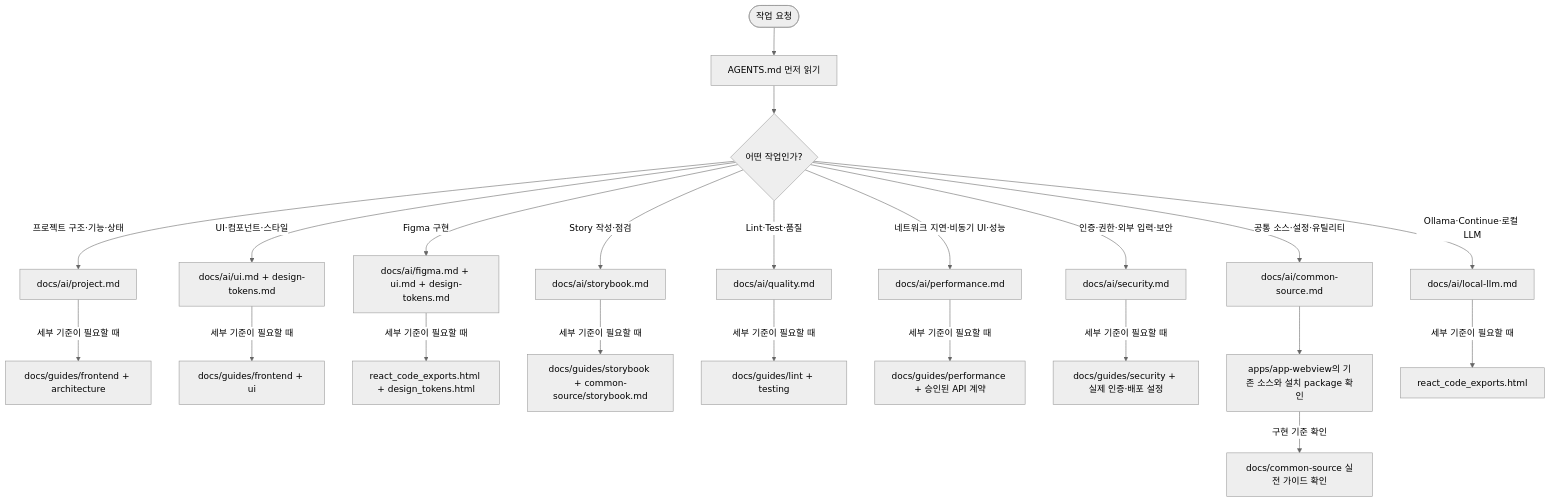
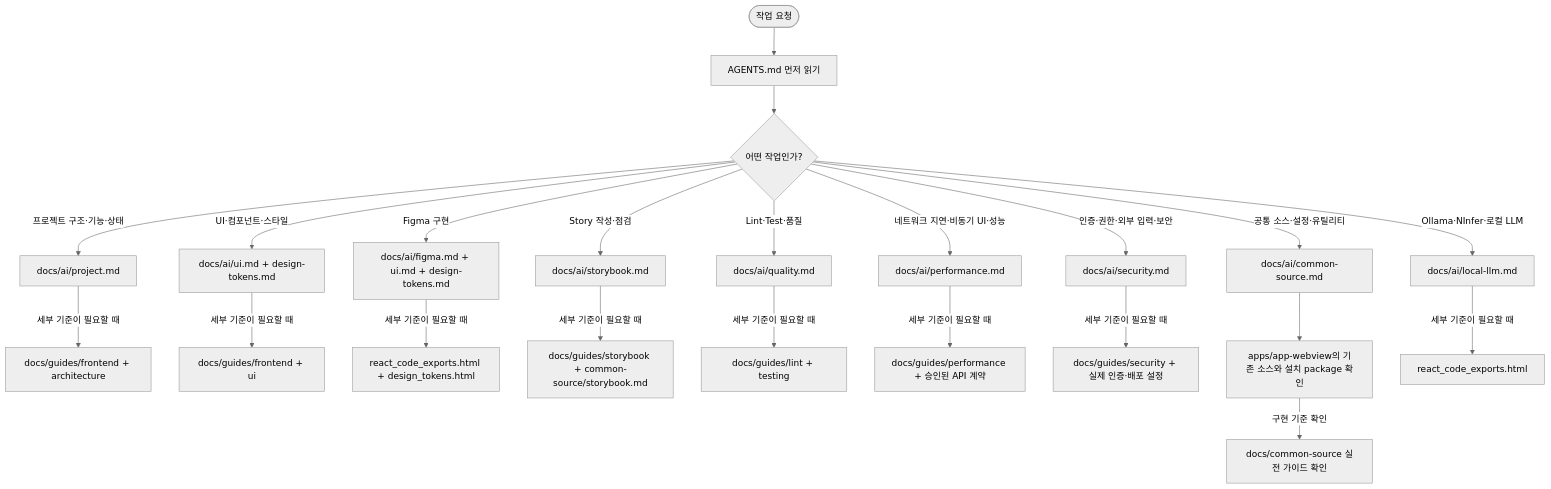
Before and after one commit to minsukong/lounge-docs: the third of 3 diagrams in AGENTS.md, drawn with Mermaid (neutral theme). The commit also changed other lines of this file and 3 other files, not shown here.

```diff
--- a/AGENTS.md
+++ b/AGENTS.md
@@ -244,26 +244,26 @@
   <div class="mermaid">
 flowchart TD
   accTitle: AI의 Front-end 가이드 확인 흐름
   accDescr: AI는 작업 요청을 받으면 AGENTS.md를 먼저 읽고 작업 종류에 맞는 docs/ai 요약 문서를 선택한 뒤, 세부 기준이 필요할 때만 연결된 상세 가이드를 확인합니다.
   A([작업 요청]) --> B["AGENTS.md 먼저 읽기"]
   B --> C{"어떤 작업인가?"}
   C -->|"프로젝트 구조·기능·상태"| P["docs/ai/project.md"]
   C -->|"UI·컴포넌트·스타일"| U["docs/ai/ui.md + design-tokens.md"]
   C -->|"Figma 구현"| F["docs/ai/figma.md + ui.md + design-tokens.md"]
   C -->|"Story 작성·점검"| SB["docs/ai/storybook.md"]
   C -->|"Lint·Test·품질"| Q["docs/ai/quality.md"]
   C -->|"네트워크 지연·비동기 UI·성능"| N["docs/ai/performance.md"]
   C -->|"인증·권한·외부 입력·보안"| S["docs/ai/security.md"]
   C -->|"공통 소스·설정·유틸리티"| CS["docs/ai/common-source.md"]
-  C -->|"Ollama·Continue·로컬 LLM"| L["docs/ai/local-llm.md"]
+  C -->|"Ollama·NInfer·로컬 LLM"| L["docs/ai/local-llm.md"]
   P -->|"세부 기준이 필요할 때"| PH["docs/guides/frontend + architecture"]
   U -->|"세부 기준이 필요할 때"| UH["docs/guides/frontend + ui"]
   F -->|"세부 기준이 필요할 때"| FH["react_code_exports.html + design_tokens.html"]
   SB -->|"세부 기준이 필요할 때"| SBH["docs/guides/storybook + common-source/storybook.md"]
   Q -->|"세부 기준이 필요할 때"| QH["docs/guides/lint + testing"]
   N -->|"세부 기준이 필요할 때"| NH["docs/guides/performance + 승인된 API 계약"]
   S -->|"세부 기준이 필요할 때"| SH["docs/guides/security + 실제 인증·배포 설정"]
   CS --> CSS["apps/app-webview의 기존 소스와 설치 package 확인"]
   CSS -->|"구현 기준 확인"| CSH["docs/common-source 실전 가이드 확인"]
   L -->|"세부 기준이 필요할 때"| LH["react_code_exports.html"]
   </div>
```
